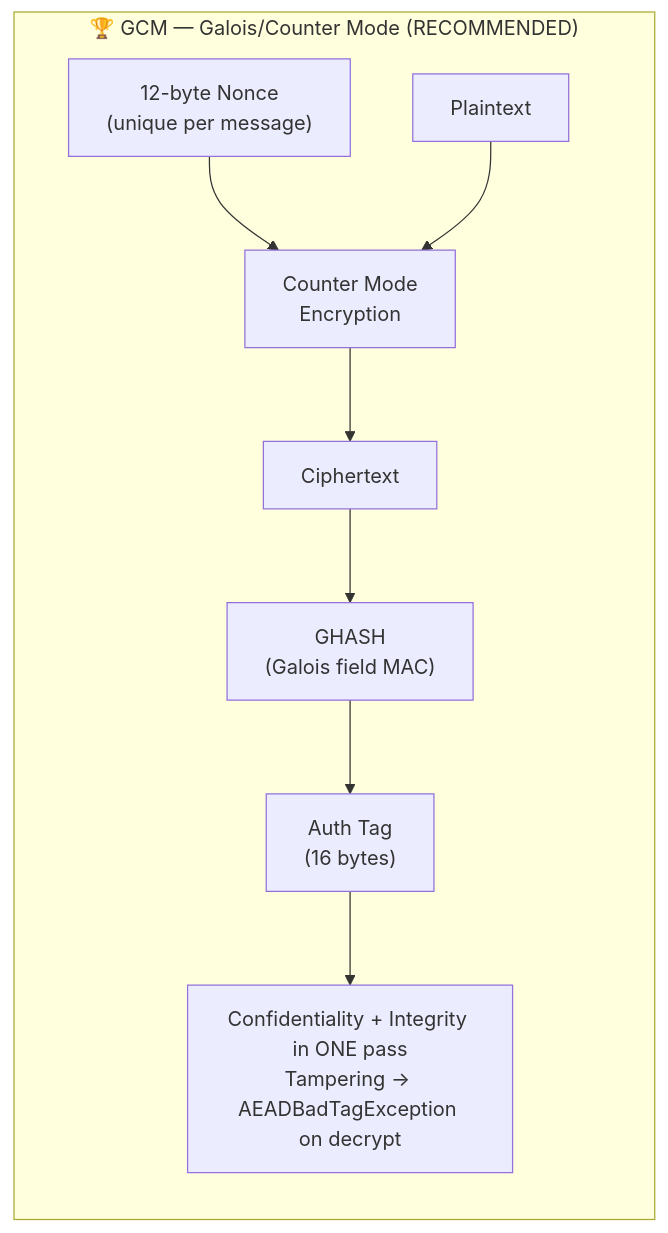
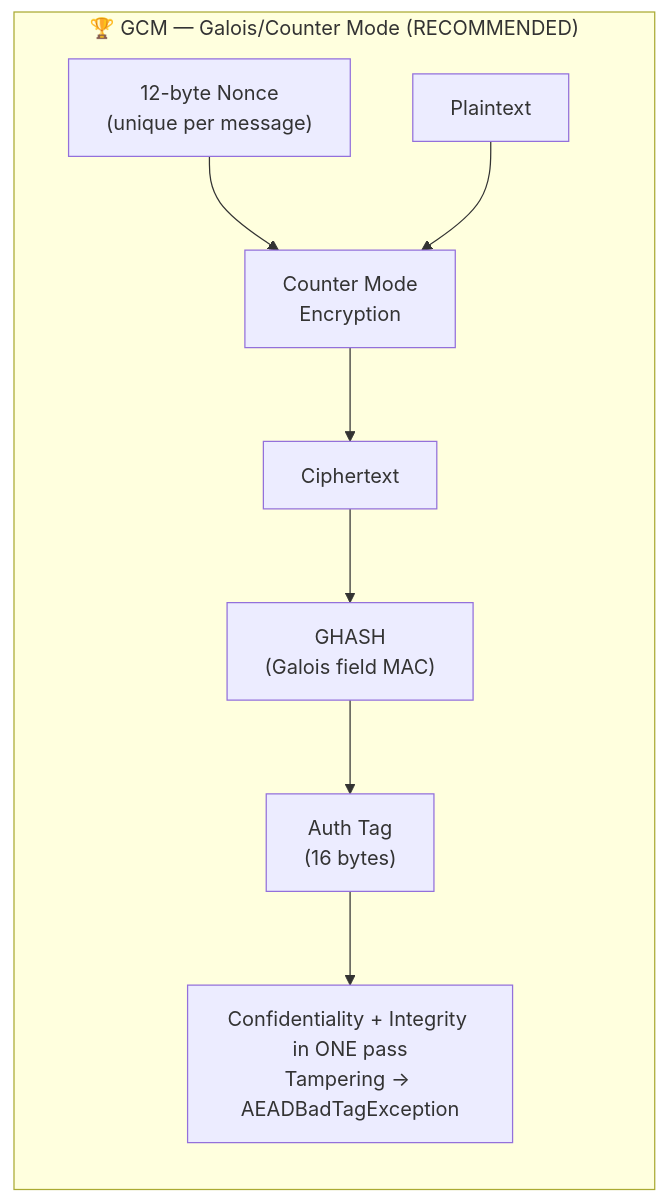
Before and after one commit to csoares/SecurityJava: the third of 4 diagrams in src/main/java/security/encryption/modes/README.md, drawn with Mermaid. The commit also changed other lines of this file and 10 other files, not shown here.

Commit message:
Refine README diagrams and descriptions for clarity and accuracy

````diff
--- a/src/main/java/security/encryption/modes/README.md
+++ b/src/main/java/security/encryption/modes/README.md
@@ -43,9 +43,9 @@
 ```mermaid
 flowchart LR
     subgraph GCM ["🏆 GCM — Galois/Counter Mode  (RECOMMENDED)"]
         NONCE["12-byte Nonce<br/>(unique per message)"] --> CTR["Counter Mode<br/>Encryption"]
         P7["Plaintext"] --> CTR --> CT7["Ciphertext"]
         CT7 --> GHASH["GHASH<br/>(Galois field MAC)"] --> TAG["Auth Tag<br/>(16 bytes)"]
-        TAG --> BEST["Confidentiality + Integrity in ONE pass<br/>Tampering → AEADBadTagException on decrypt"]
+        TAG --> BEST["Confidentiality + Integrity in ONE pass<br/>Tampering → AEADBadTagException"]
     end
 ```
````
